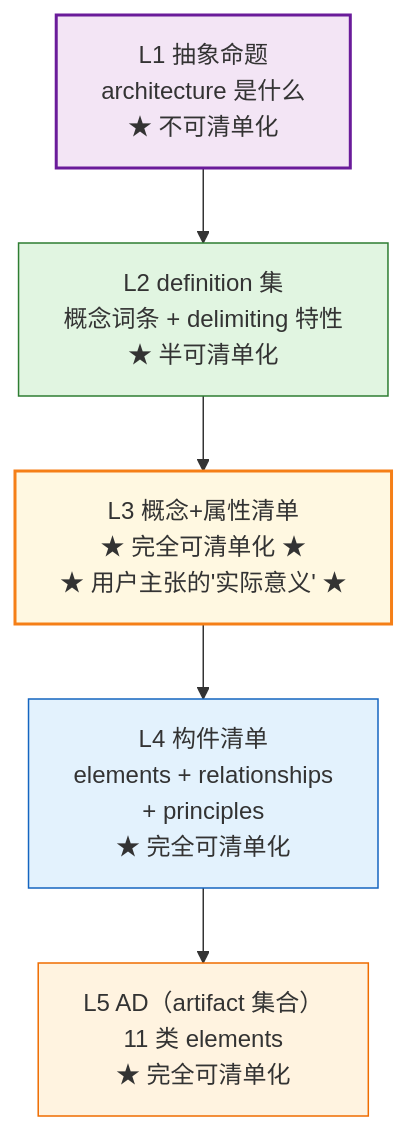
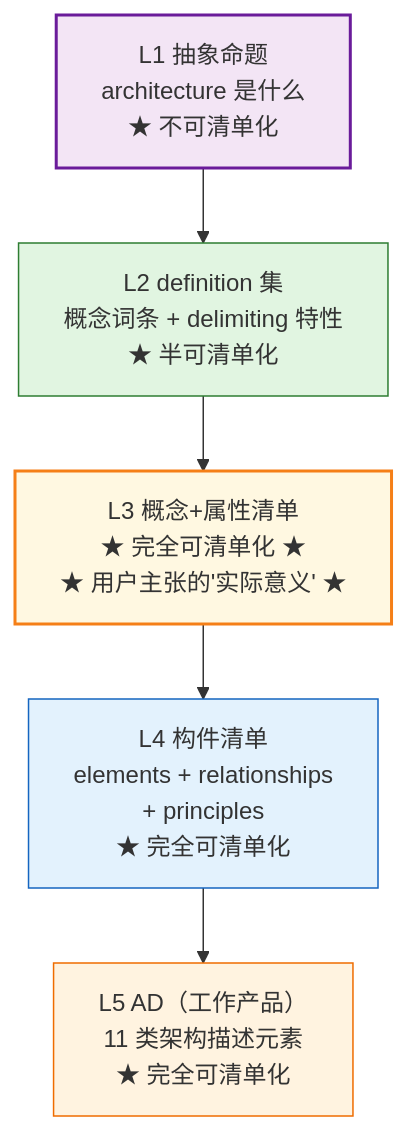
One commit to Yongjunzhou/AOS-system-design changed diagram 13 of 17 in 100-subprojects/01-系统工程研究/00-系统工程相关研究报告/22-架构、概念、属性研究报告—术语权威定义与对照分析.md. Above: the diagram before and after it, drawn with Mermaid. The commit also changed other lines of this file and 38 other files, not shown here.

````diff
--- a/100-subprojects/01-系统工程研究/00-系统工程相关研究报告/22-架构、概念、属性研究报告—术语权威定义与对照分析.md
+++ b/100-subprojects/01-系统工程研究/00-系统工程相关研究报告/22-架构、概念、属性研究报告—术语权威定义与对照分析.md
@@ -1068,24 +1159,24 @@
 ```mermaid
 flowchart TB
     L1["L1 抽象命题<br/>architecture 是什么<br/>★ 不可清单化"]
     L2["L2 definition 集<br/>概念词条 + delimiting 特性<br/>★ 半可清单化"]
     L3["L3 概念+属性清单<br/>★ 完全可清单化 ★<br/>★ 用户主张的'实际意义' ★"]
     L4["L4 构件清单<br/>elements + relationships<br/>+ principles<br/>★ 完全可清单化"]
-    L5["L5 AD（artifact 集合）<br/>11 类 elements<br/>★ 完全可清单化"]
+    L5["L5 AD（工作产品）<br/>11 类架构描述元素<br/>★ 完全可清单化"]
 
     L1 --> L2
     L2 --> L3
     L3 --> L4
     L4 --> L5
 
     classDef l1 fill:#f3e5f5,stroke:#6a1b9a,stroke-width:2px
     classDef l2 fill:#e1f5e1,stroke:#2e7d32
     classDef l3 fill:#fff8e1,stroke:#f57f17,stroke-width:2px
     classDef l4 fill:#e3f2fd,stroke:#1565c0
     classDef l5 fill:#fff3e0,stroke:#ef6c00
     class L1 l1
     class L2 l2
     class L3 l3
     class L4 l4
     class L5 l5
 ```
````
